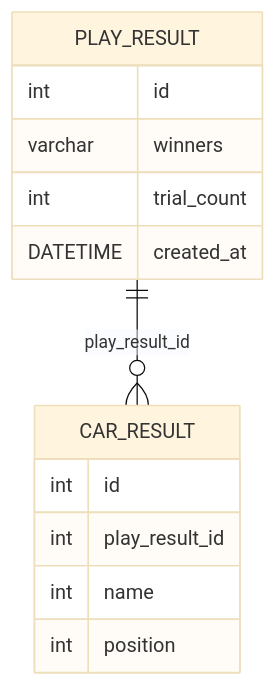
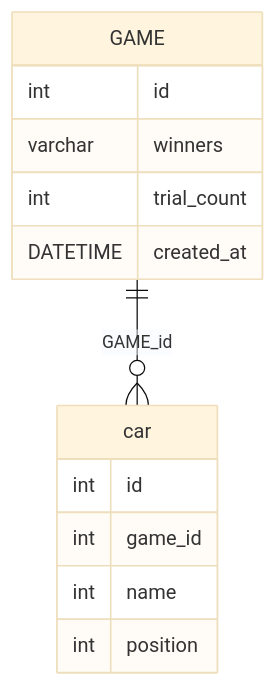
One commit to woowacourse/jwp-racingcar changed the diagram in README.md. Above: the diagram before and after it, drawn with Mermaid (base theme). The commit also changed other lines of this file and 37 other files, not shown here.

````diff
--- a/README.md
+++ b/README.md
@@ -57,16 +57,16 @@
 ```mermaid
 erDiagram
-    PLAY_RESULT ||--o{ CAR_RESULT: play_result_id
-    PLAY_RESULT {
+    GAME ||--o{ car: GAME_id
+    GAME {
         int id
         varchar winners
         int trial_count
         DATETIME created_at
     }
-    CAR_RESULT {
+    car {
         int id
-        int play_result_id
+        int game_id
         int name
         int position
     }
 ```
````
